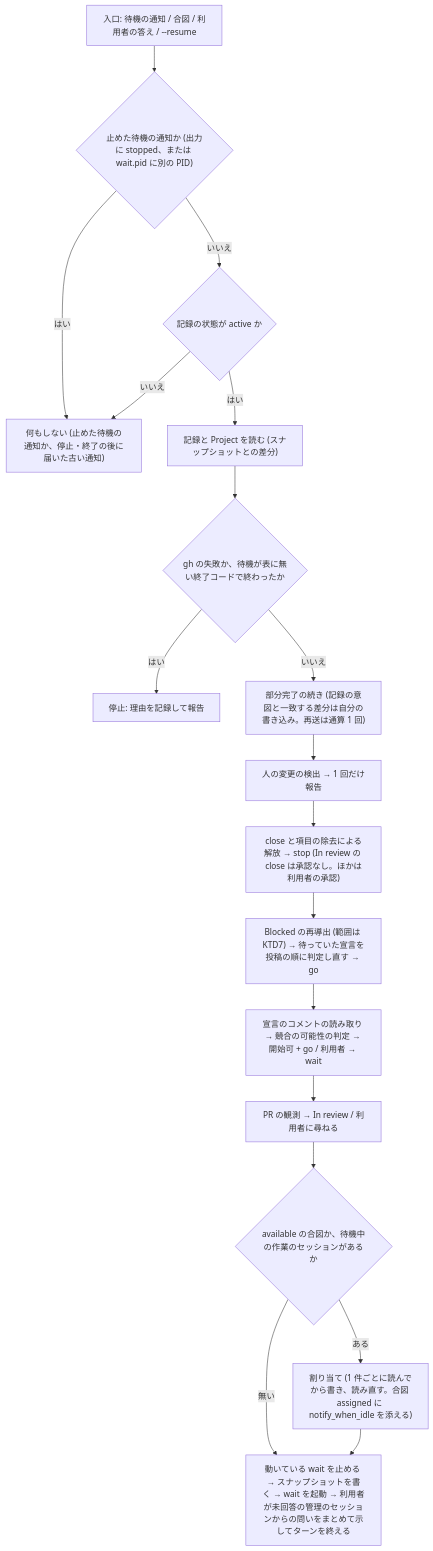
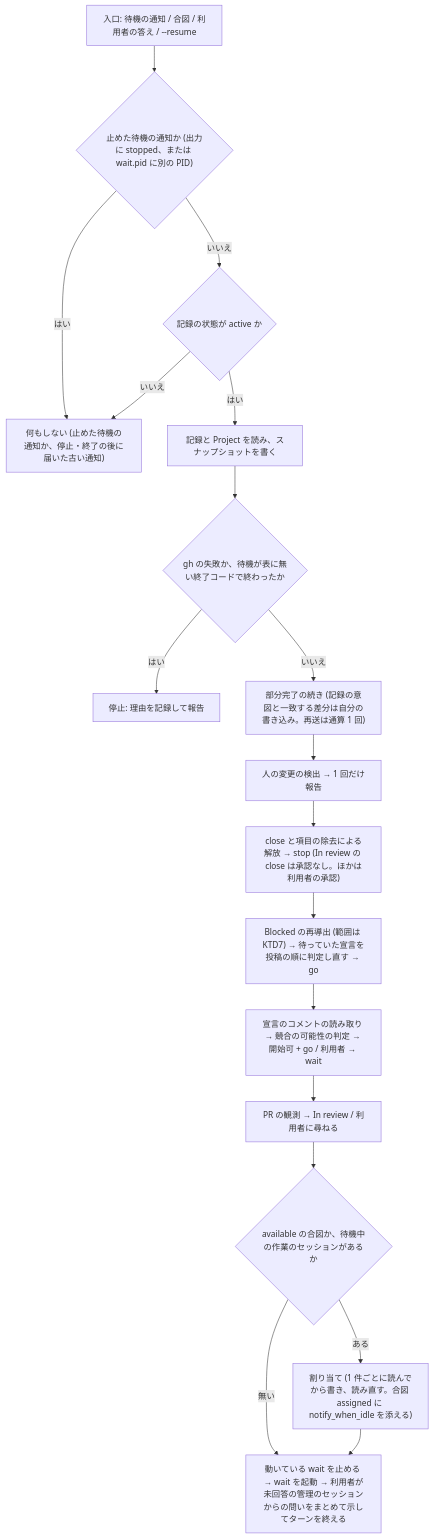
Before and after one commit to akm/claude-plugins: the third of 3 diagrams in docs/plans/2026-10-06-2025-feat-issue-dispatch-plan.md, drawn with Mermaid. The commit also changed other lines of this file, not shown here.

````diff
--- a/docs/plans/2026-10-06-2025-feat-issue-dispatch-plan.md
+++ b/docs/plans/2026-10-06-2025-feat-issue-dispatch-plan.md
@@ -740,20 +745,20 @@
 ```mermaid
 flowchart TB
   E["入口: 待機の通知 / 合図 / 利用者の答え / --resume"] --> SP{"止めた待機の通知か (出力に stopped、または wait.pid に別の PID)"}
   SP -- はい --> N["何もしない (止めた待機の通知か、停止・終了の後に届いた古い通知)"]
   SP -- いいえ --> ST{"記録の状態が active か"}
   ST -- いいえ --> N
-  ST -- はい --> R0["記録と Project を読む (スナップショットとの差分)"]
+  ST -- はい --> R0["記録と Project を読み、スナップショットを書く"]
   R0 --> X{"gh の失敗か、待機が表に無い終了コードで終わったか"}
   X -- はい --> S1["停止: 理由を記録して報告"]
   X -- いいえ --> Q["部分完了の続き (記録の意図と一致する差分は自分の書き込み。再送は通算 1 回)"]
   Q --> H["人の変更の検出 → 1 回だけ報告"]
   H --> C["close と項目の除去による解放 → stop (In review の close は承認なし。ほかは利用者の承認)"]
   C --> B["Blocked の再導出 (範囲は KTD7) → 待っていた宣言を投稿の順に判定し直す → go"]
   B --> D["宣言のコメントの読み取り → 競合の可能性の判定 → 開始可 + go / 利用者 → wait"]
   D --> P["PR の観測 → In review / 利用者に尋ねる"]
   P --> A{"available の合図か、待機中の作業のセッションがあるか"}
   A -- ある --> AS["割り当て (1 件ごとに読んでから書き、読み直す。合図 assigned に notify_when_idle を添える)"]
   A -- 無い --> W
-  AS --> W["動いている wait を止める → スナップショットを書く → wait を起動 → 利用者が未回答の管理のセッションからの問いをまとめて示してターンを終える"]
+  AS --> W["動いている wait を止める → wait を起動 → 利用者が未回答の管理のセッションからの問いをまとめて示してターンを終える"]
 ```
````
